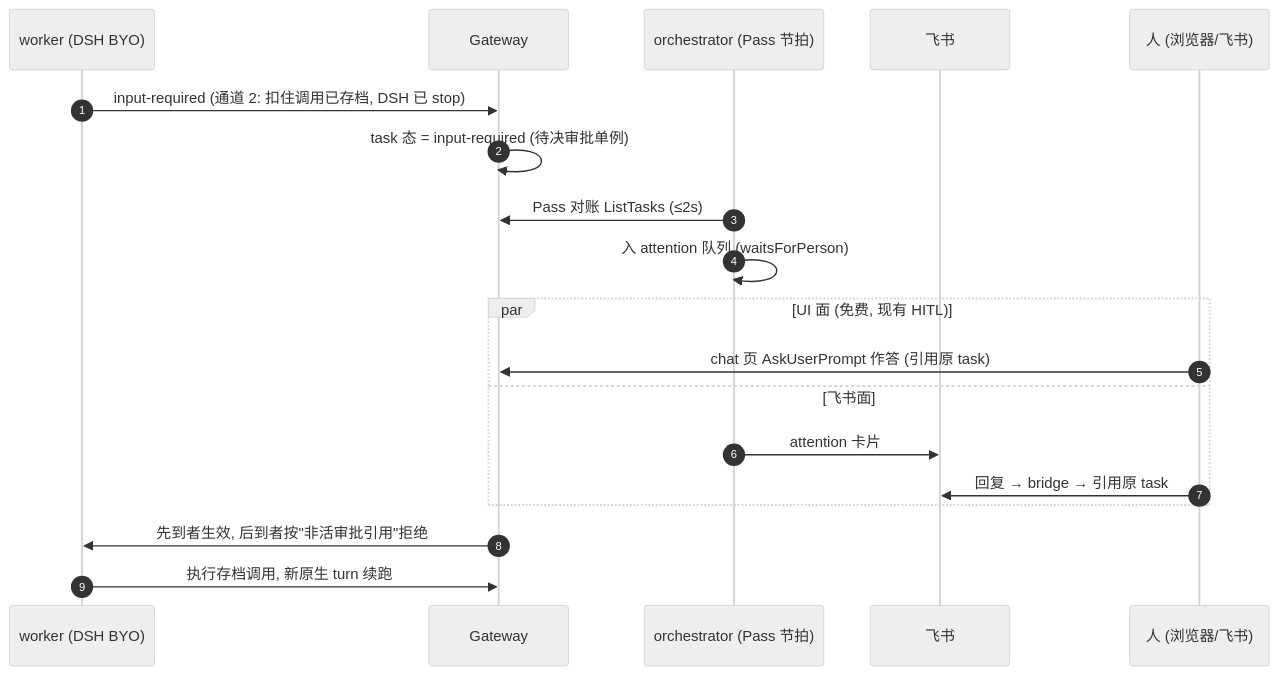
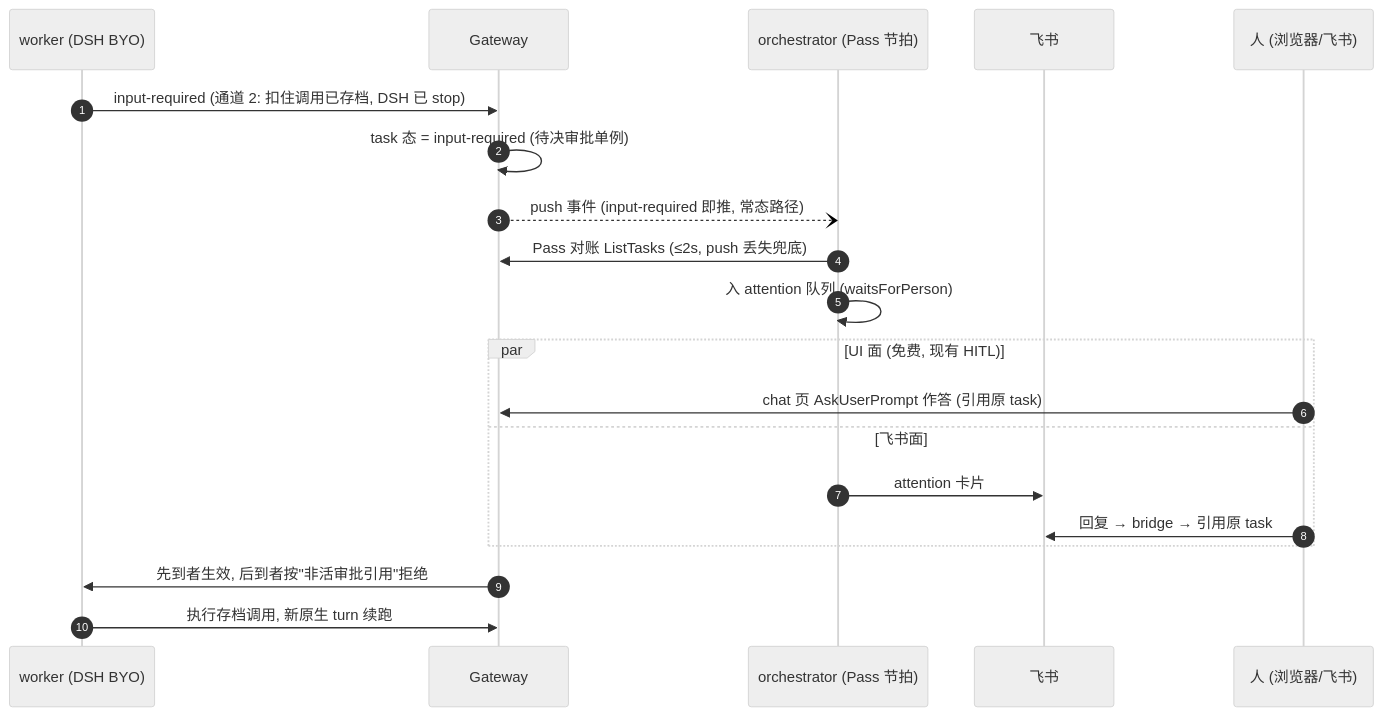
One commit to jerry-jibu/kagent changed the third of 3 diagrams in docs/designs/0002-deepseek-harness-落地与对外使用面设计.md. Above: the diagram before and after it, drawn with Mermaid (neutral theme). The commit also changed other lines of this file and 3 other files, not shown here.

````diff
--- a/docs/designs/0002-deepseek-harness-落地与对外使用面设计.md
+++ b/docs/designs/0002-deepseek-harness-落地与对外使用面设计.md
@@ -215,22 +223,23 @@
 ```mermaid
 sequenceDiagram
     autonumber
     participant WA as worker (DSH BYO)
     participant GW as Gateway
     participant O as orchestrator (Pass 节拍)
     participant FS as 飞书
     participant U as 人 (浏览器/飞书)
 
     WA->>GW: input-required (通道 2: 扣住调用已存档, DSH 已 stop)
     GW->>GW: task 态 = input-required (待决审批单例)
-    O->>GW: Pass 对账 ListTasks (≤2s)
+    GW--)O: push 事件 (input-required 即推, 常态路径)
+    O->>GW: Pass 对账 ListTasks (≤2s, push 丢失兜底)
     O->>O: 入 attention 队列 (waitsForPerson)
     par UI 面 (免费, 现有 HITL)
         U->>GW: chat 页 AskUserPrompt 作答 (引用原 task)
     and 飞书面
         O->>FS: attention 卡片
         U->>FS: 回复 → bridge → 引用原 task
     end
     GW->>WA: 先到者生效, 后到者按"非活审批引用"拒绝
     WA->>GW: 执行存档调用, 新原生 turn 续跑
 ```
````
